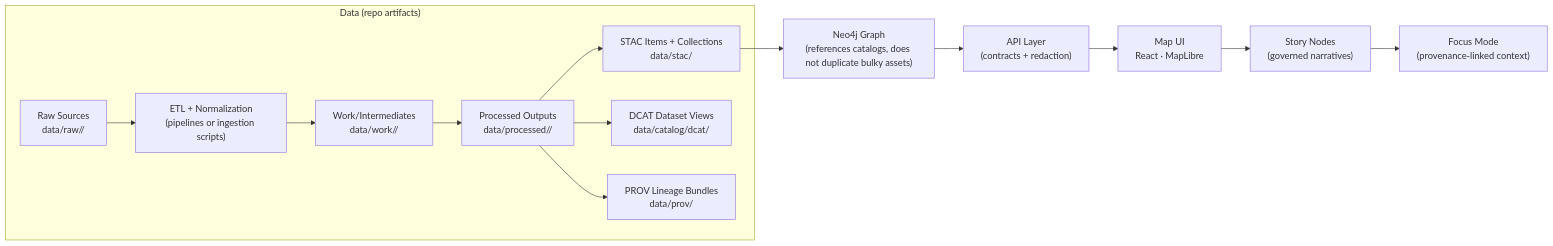
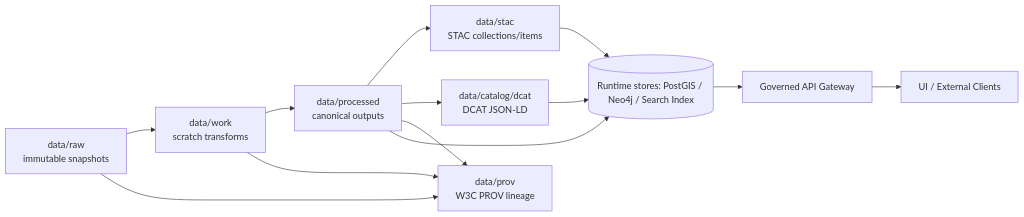
One commit to bartytime4life/Kansas-Frontier-Matrix changed the diagram in data/README.md. Above: the diagram before and after it, drawn with Mermaid. The commit also changed other lines of this file, not shown here.

````diff
--- a/data/README.md
+++ b/data/README.md
@@ -119,18 +63,15 @@
 ```mermaid
 flowchart LR
-  subgraph Data["Data (repo artifacts)"]
-    A["Raw Sources<br/>data/raw/<domain>/"] --> B["ETL + Normalization<br/>(pipelines or ingestion scripts)"]
-    B --> W["Work/Intermediates<br/>data/work/<domain>/"]
-    W --> P["Processed Outputs<br/>data/processed/<domain>/"]
-
-    P --> S["STAC Items + Collections<br/>data/stac/"]
-    P --> D["DCAT Dataset Views<br/>data/catalog/dcat/"]
-    P --> R["PROV Lineage Bundles<br/>data/prov/"]
-  end
-
-  S --> G["Neo4j Graph<br/>(references catalogs, does not duplicate bulky assets)"]
-  G --> H["API Layer<br/>(contracts + redaction)"]
-  H --> I["Map UI<br/>React · MapLibre"]
-  I --> J["Story Nodes<br/>(governed narratives)"]
-  J --> K["Focus Mode<br/>(provenance-linked context)"]
+  A[data/raw<br/>immutable snapshots] --> B[data/work<br/>scratch transforms]
+  B --> C[data/processed<br/>canonical outputs]
+  C --> D[data/stac<br/>STAC collections/items]
+  C --> E[data/catalog/dcat<br/>DCAT JSON-LD]
+  A --> F[data/prov<br/>W3C PROV lineage]
+  B --> F
+  C --> F
+  C --> G[(Runtime stores: PostGIS / Neo4j / Search Index)]
+  D --> G
+  E --> G
+  G --> H[Governed API Gateway]
+  H --> I[UI / External Clients]
 ```
````
